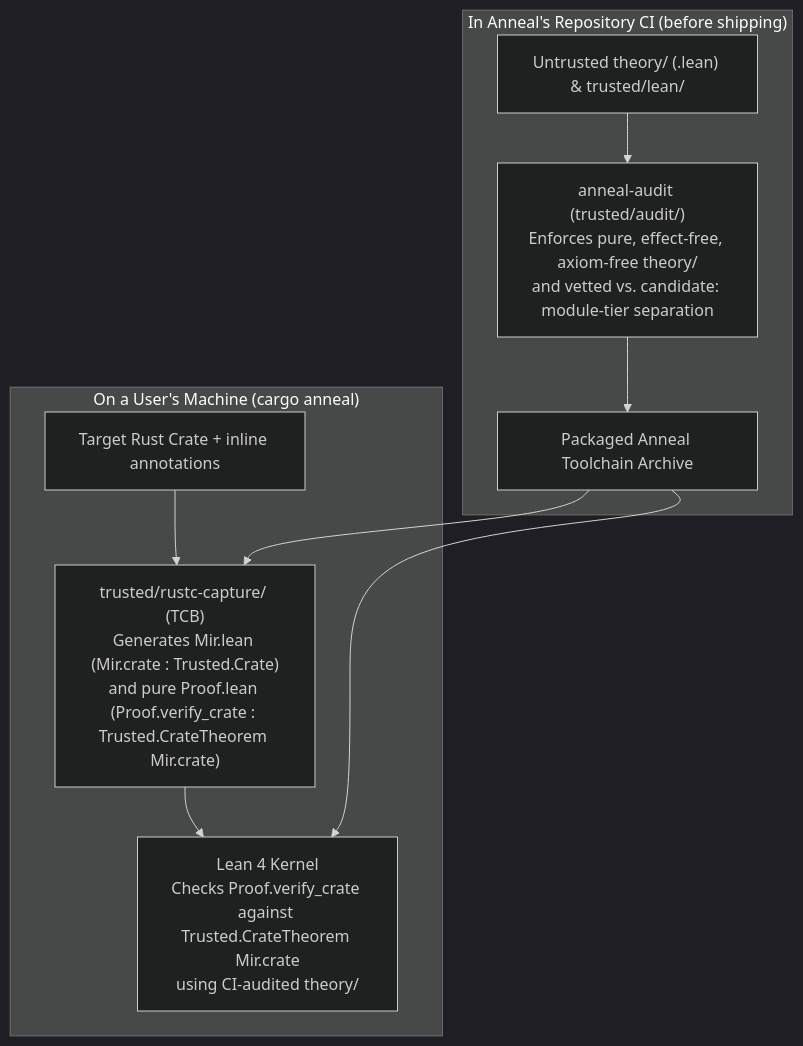
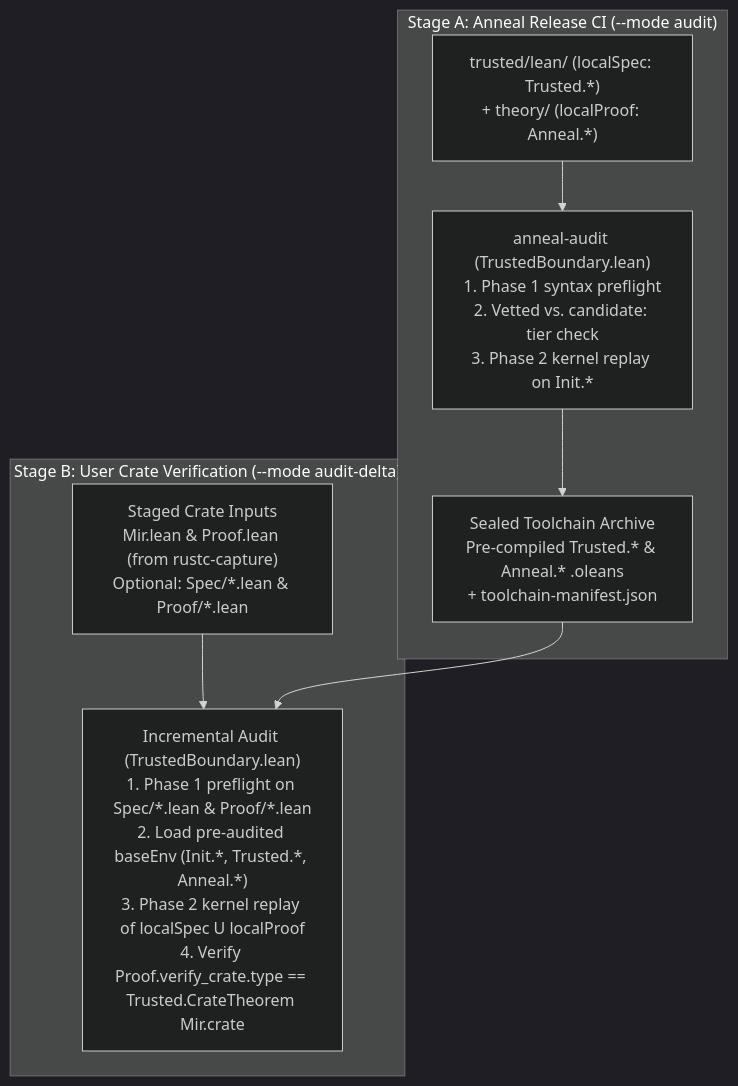
One commit to joshlf/anneal changed the diagram in docs/trust-model.md. Above: the diagram before and after it, drawn with Mermaid (dark theme). The commit also changed other lines of this file and 5 other files, not shown here.

First line of the commit message:
[docs] Add THREAT_MODEL.md and define two-stage audit

````diff
--- a/docs/trust-model.md
+++ b/docs/trust-model.md
@@ -57,13 +103,12 @@
 ```mermaid
 flowchart TD
-    subgraph RepoCI ["In Anneal's Repository CI (before shipping)"]
-        THEORY["Untrusted theory/ (.lean) & trusted/lean/"] --> AUDIT["anneal-audit (trusted/audit/)\nEnforces pure, effect-free, axiom-free theory/\nand vetted vs. candidate:<feature> module-tier separation"]
-        AUDIT --> ARCHIVE["Packaged Anneal Toolchain Archive"]
+    subgraph StageA ["Stage A: Anneal Release CI (--mode audit)"]
+        A_SRC["trusted/lean/ (localSpec: Trusted.*)\n+ theory/ (localProof: Anneal.*)"] --> A_AUD["anneal-audit (TrustedBoundary.lean)\n1. Phase 1 syntax preflight\n2. Vetted vs. candidate:<feature> tier check\n3. Phase 2 kernel replay on Init.*"]
+        A_AUD --> ARCHIVE["Sealed Toolchain Archive\nPre-compiled Trusted.* & Anneal.* .oleans\n+ toolchain-manifest.json"]
     end
 
-    subgraph UserMachine ["On a User's Machine (cargo anneal)"]
-        CRATE["Target Rust Crate + inline annotations"] --> CAPTURE["trusted/rustc-capture/ (TCB)\nGenerates Mir.lean (Mir.crate : Trusted.Crate)\nand pure Proof.lean (Proof.verify_crate : Trusted.CrateTheorem Mir.crate)"]
-        CAPTURE --> KERNEL["Lean 4 Kernel\nChecks Proof.verify_crate against Trusted.CrateTheorem Mir.crate\nusing CI-audited theory/"]
-        ARCHIVE --> CAPTURE & KERNEL
+    subgraph StageB ["Stage B: User Crate Verification (--mode audit-delta)"]
+        U_CRATE["Staged Crate Inputs\nMir.lean & Proof.lean (from rustc-capture)\nOptional: Spec/*.lean & Proof/*.lean"] --> DELTA["Incremental Audit (TrustedBoundary.lean)\n1. Phase 1 preflight on Spec/*.lean & Proof/*.lean\n2. Load pre-audited baseEnv (Init.*, Trusted.*, Anneal.*)\n3. Phase 2 kernel replay of localSpec U localProof\n4. Verify Proof.verify_crate.type == Trusted.CrateTheorem Mir.crate"]
+        ARCHIVE --> DELTA
     end
 ```
````
